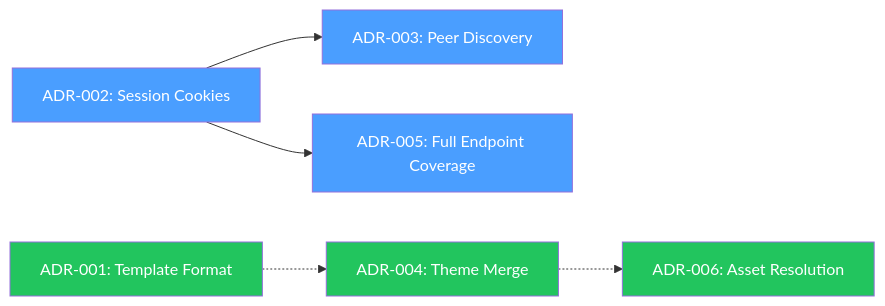
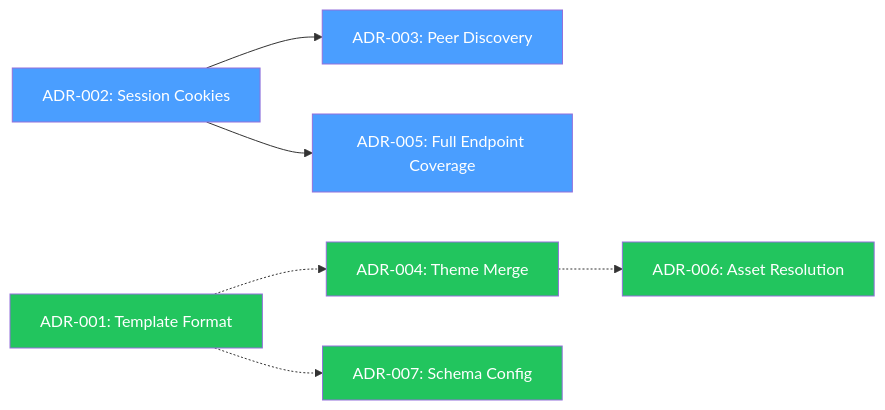
Before and after one commit to nogoo9/no-crd: the diagram in docs/decisions/index.md, drawn with Mermaid. The commit also changed other lines of this file and 55 other files, not shown here.

````diff
--- a/docs/decisions/index.md
+++ b/docs/decisions/index.md
@@ -31,13 +32,15 @@
 ```mermaid
 graph LR
     ADR002["ADR-002: Session Cookies"] --> ADR003["ADR-003: Peer Discovery"]
     ADR002 --> ADR005["ADR-005: Full Endpoint Coverage"]
     ADR001["ADR-001: Template Format"] -.-> ADR004["ADR-004: Theme Merge"]
     ADR004 -.-> ADR006["ADR-006: Asset Resolution"]
+    ADR001 -.-> ADR007["ADR-007: Schema Config"]
     style ADR002 fill:#4a9eff,color:#fff
     style ADR003 fill:#4a9eff,color:#fff
     style ADR005 fill:#4a9eff,color:#fff
     style ADR001 fill:#22c55e,color:#fff
     style ADR004 fill:#22c55e,color:#fff
     style ADR006 fill:#22c55e,color:#fff
+    style ADR007 fill:#22c55e,color:#fff
 ```
````
